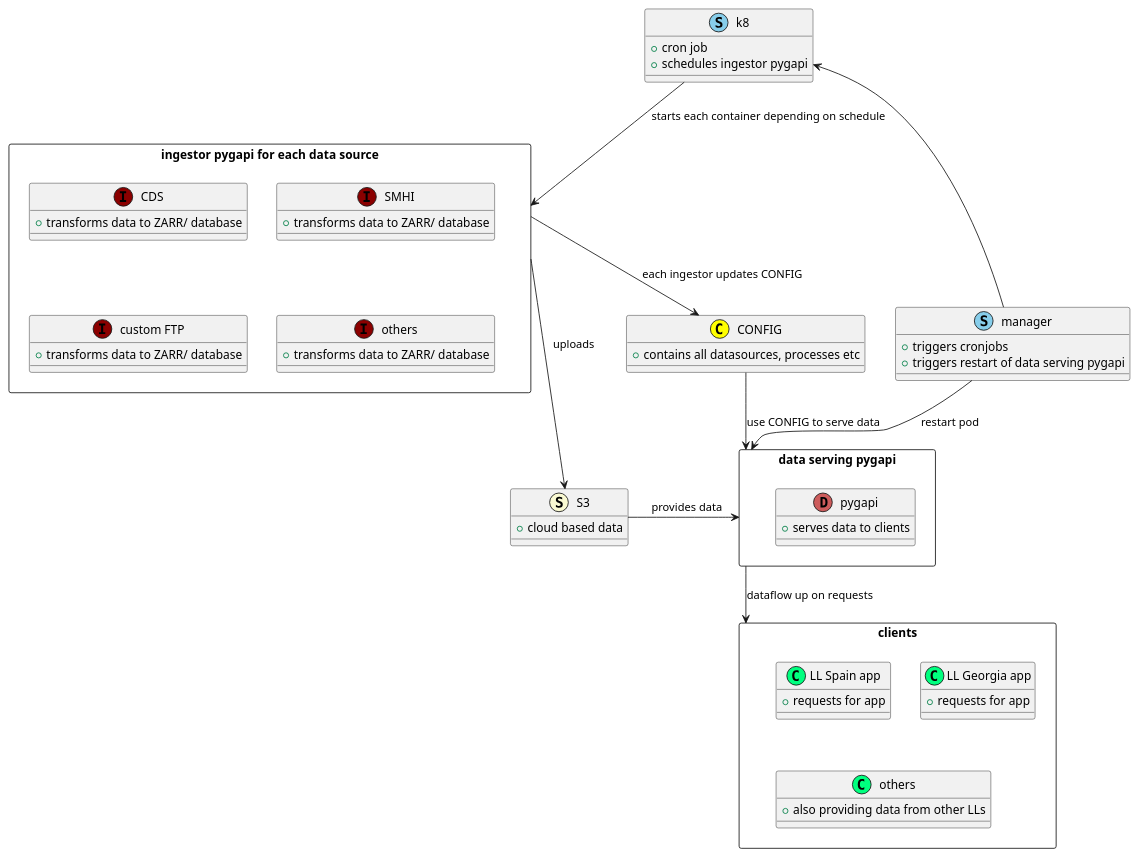
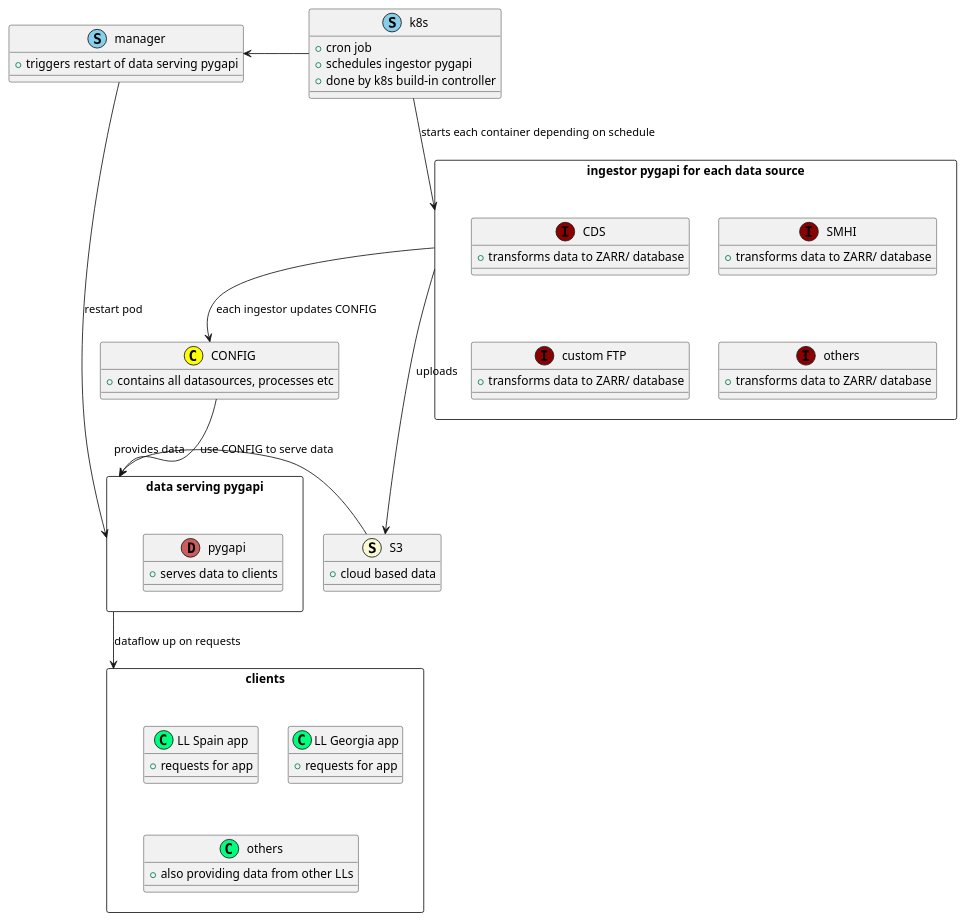
Before and after one commit to icisk/pygeoapi_ingestor: the diagram in img/ingestor.puml, drawn with PlantUML. The commit also changed 1 other file, not shown here.

```diff
--- a/img/ingestor.puml
+++ b/img/ingestor.puml
@@ -1,62 +1,62 @@
 @startuml icisk/ ingestor
 
-entity "k8" <<(S, SkyBlue)>> {
+entity "k8s" <<(S, SkyBlue)>> {
   + cron job
   + schedules ingestor pygapi
+  + done by k8s build-in controller
 }
 entity "manager" <<(S, SkyBlue)>> {
-  + triggers cronjobs
   + triggers restart of data serving pygapi
 }
 
 rectangle "ingestor pygapi for each data source" as ingestor {
     entity "CDS" <<(I, DarkRed)>> {
         + transforms data to ZARR/ database
     }
     entity "SMHI" <<(I, DarkRed)>> {
         + transforms data to ZARR/ database
     }
     entity "custom FTP" <<(I, DarkRed)>> {
         + transforms data to ZARR/ database
     }
     entity "others..." <<(I, DarkRed)>> {
         + transforms data to ZARR/ database
     }
 }
 
 entity "S3" <<(S, LightGoldenRodYellow)>> { 
   + cloud based data 
 }
 
 entity "CONFIG" <<(C, Yellow)>> { 
   + contains all datasources, processes etc 
 }
 
 rectangle "data serving pygapi" as dataserv {
     entity "pygapi" <<(D, IndianRed)>> {
         + serves data to clients
     }
 }
 
 rectangle "clients" as clients {
     entity "LL Spain app" <<(C, SpringGreen)>> {
         + requests for app
     }
     entity "LL Georgia app" <<(C, SpringGreen)>> {
         + requests for app
     }
     entity "others..." <<(C, SpringGreen)>> {
         + also providing data from other LLs
     }
 }
 
 manager --> dataserv : restart pod
-manager -l-> k8 
-k8 --> ingestor : starts each container depending on schedule
+k8s -l-> manager
+k8s --> ingestor : starts each container depending on schedule
 ingestor --> CONFIG : each ingestor updates CONFIG
 ingestor -d-> S3 : uploads
 CONFIG --> dataserv : use CONFIG to serve data
 S3 -> dataserv : provides data 
 dataserv --> clients : dataflow up on requests
 
 @enduml
```
